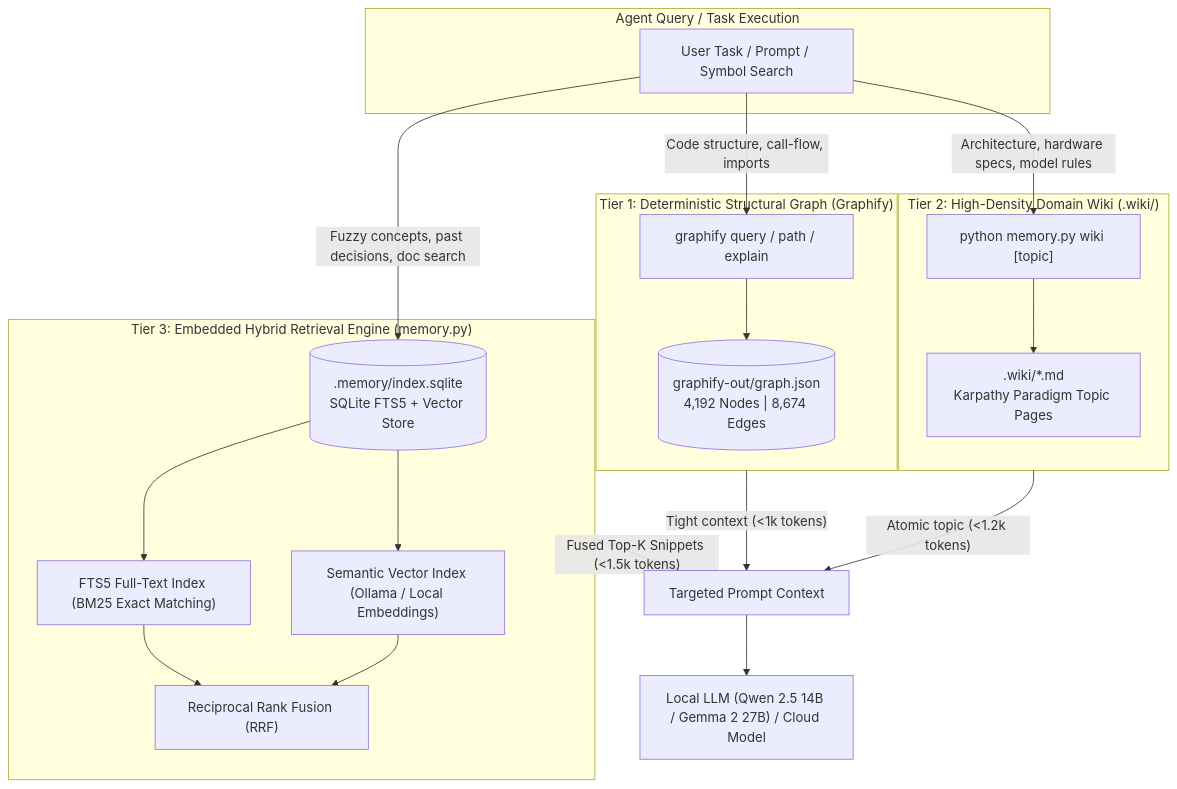
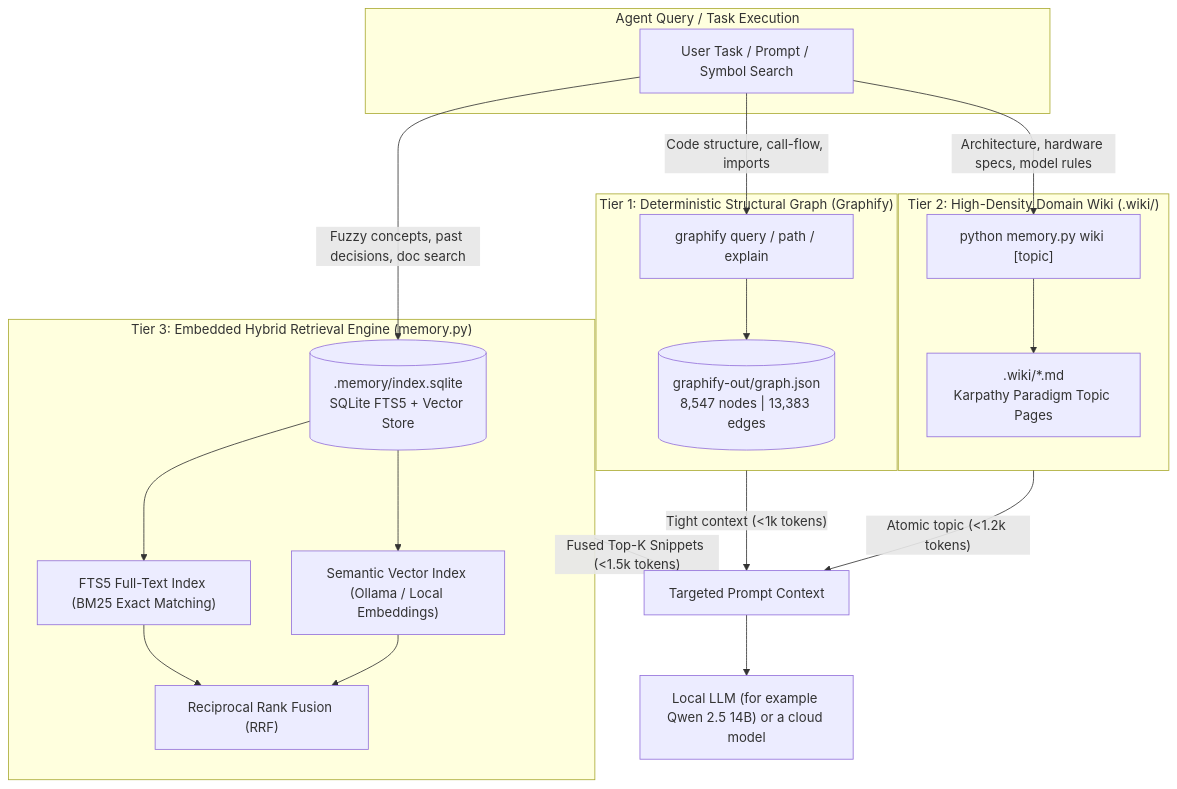
Before and after one commit to veeresh-bikkaneti/antigravity-local: the diagram in docs/MEMORY_SPEC.md, drawn with Mermaid. The commit also changed other lines of this file and 13 other files, not shown here.

Commit message:
docs: make claims match the code (scores, tiers, setup time, graph counts, serve, limits)

````diff
--- a/docs/MEMORY_SPEC.md
+++ b/docs/MEMORY_SPEC.md
@@ -36,38 +35,38 @@
 ```mermaid
 flowchart TD
     subgraph UI_AGENT["Agent Query / Task Execution"]
         Q["User Task / Prompt / Symbol Search"]
     end
 
     subgraph TIER1["Tier 1: Deterministic Structural Graph (Graphify)"]
-        G_DB[("graphify-out/graph.json<br/>4,192 Nodes | 8,674 Edges")]
+        G_DB[("graphify-out/graph.json<br/>8,547 nodes | 13,383 edges")]
         G_CMD["graphify query / path / explain"]
         Q -->|"Code structure, call-flow, imports"| G_CMD
         G_CMD --> G_DB
     end
 
     subgraph TIER2["Tier 2: High-Density Domain Wiki (.wiki/)"]
         W_DIR[".wiki/*.md<br/>Karpathy Paradigm Topic Pages"]
         W_CMD["python memory.py wiki [topic]"]
         Q -->|"Architecture, hardware specs, model rules"| W_CMD
         W_CMD --> W_DIR
     end
 
     subgraph TIER3["Tier 3: Embedded Hybrid Retrieval Engine (memory.py)"]
         MEM_DB[(".memory/index.sqlite<br/>SQLite FTS5 + Vector Store")]
         FTS["FTS5 Full-Text Index (BM25 Exact Matching)"]
         VEC["Semantic Vector Index (Ollama / Local Embeddings)"]
         RRF["Reciprocal Rank Fusion (RRF)"]
         
         Q -->|"Fuzzy concepts, past decisions, doc search"| MEM_DB
         MEM_DB --> FTS
         MEM_DB --> VEC
         FTS --> RRF
         VEC --> RRF
     end
 
     TIER1 -->|"Tight context (<1k tokens)"| CTX["Targeted Prompt Context"]
     TIER2 -->|"Atomic topic (<1.2k tokens)"| CTX
     TIER3 -->|"Fused Top-K Snippets (<1.5k tokens)"| CTX
-    CTX --> LOCAL_LLM["Local LLM (Qwen 2.5 14B / Gemma 2 27B) / Cloud Model"]
+    CTX --> LOCAL_LLM["Local LLM (for example Qwen 2.5 14B) or a cloud model"]
 ```
````
